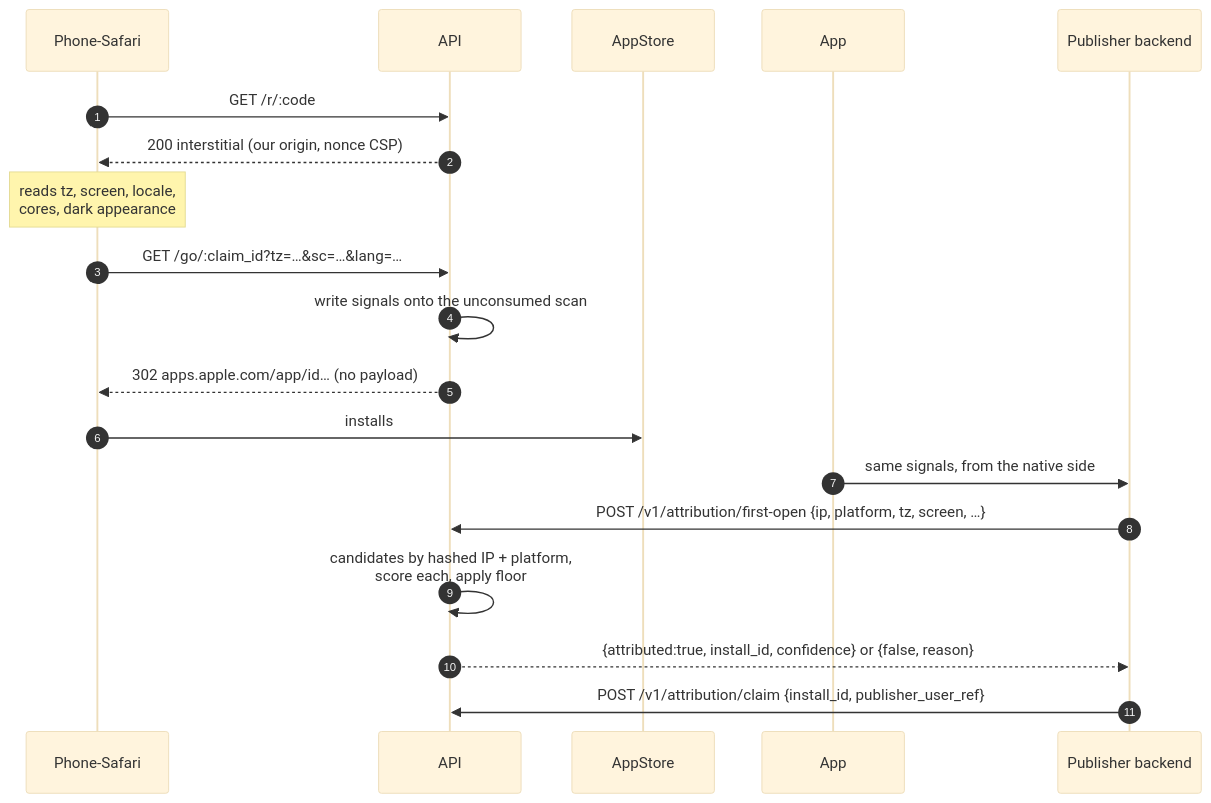
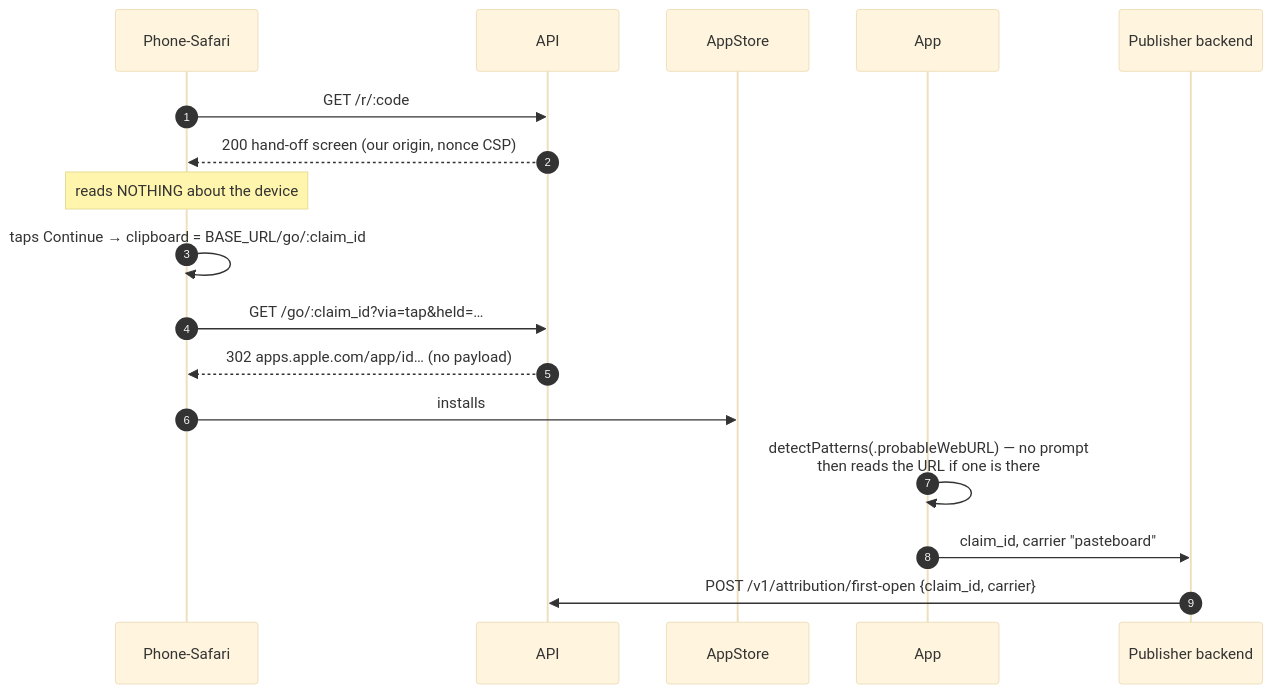
Before and after one commit to danumai/attribution-platform: diagram 13 of 25 in SYSTEM_DESIGN.md, drawn with Mermaid (base theme). The commit also changed other lines of this file and 33 other files, not shown here.

````diff
--- a/SYSTEM_DESIGN.md
+++ b/SYSTEM_DESIGN.md
@@ -497,22 +556,20 @@
 ```mermaid
 sequenceDiagram
     autonumber
     participant Ph as Phone-Safari
     participant API
     participant ST as AppStore
     participant App
     participant PB as Publisher backend
 
     Ph->>API: GET /r/:code
-    API-->>Ph: 200 interstitial (our origin, nonce CSP)
-    Note over Ph: reads tz, screen, locale,<br/>cores, dark appearance
-    Ph->>API: GET /go/:claim_id?tz=…&sc=…&lang=…
-    API->>API: write signals onto the unconsumed scan
+    API-->>Ph: 200 hand-off screen (our origin, nonce CSP)
+    Note over Ph: reads NOTHING about the device
+    Ph->>Ph: taps Continue → clipboard = BASE_URL/go/:claim_id
+    Ph->>API: GET /go/:claim_id?via=tap&held=…
     API-->>Ph: 302 apps.apple.com/app/id… (no payload)
     Ph->>ST: installs
-    App->>PB: same signals, from the native side
-    PB->>API: POST /v1/attribution/first-open {ip, platform, tz, screen, …}
-    API->>API: candidates by hashed IP + platform,<br/>score each, apply floor
-    API-->>PB: {attributed:true, install_id, confidence} or {false, reason}
-    PB->>API: POST /v1/attribution/claim {install_id, publisher_user_ref}
+    App->>App: detectPatterns(.probableWebURL) — no prompt<br/>then reads the URL if one is there
+    App->>PB: claim_id, carrier "pasteboard"
+    PB->>API: POST /v1/attribution/first-open {claim_id, carrier}
 ```
````
